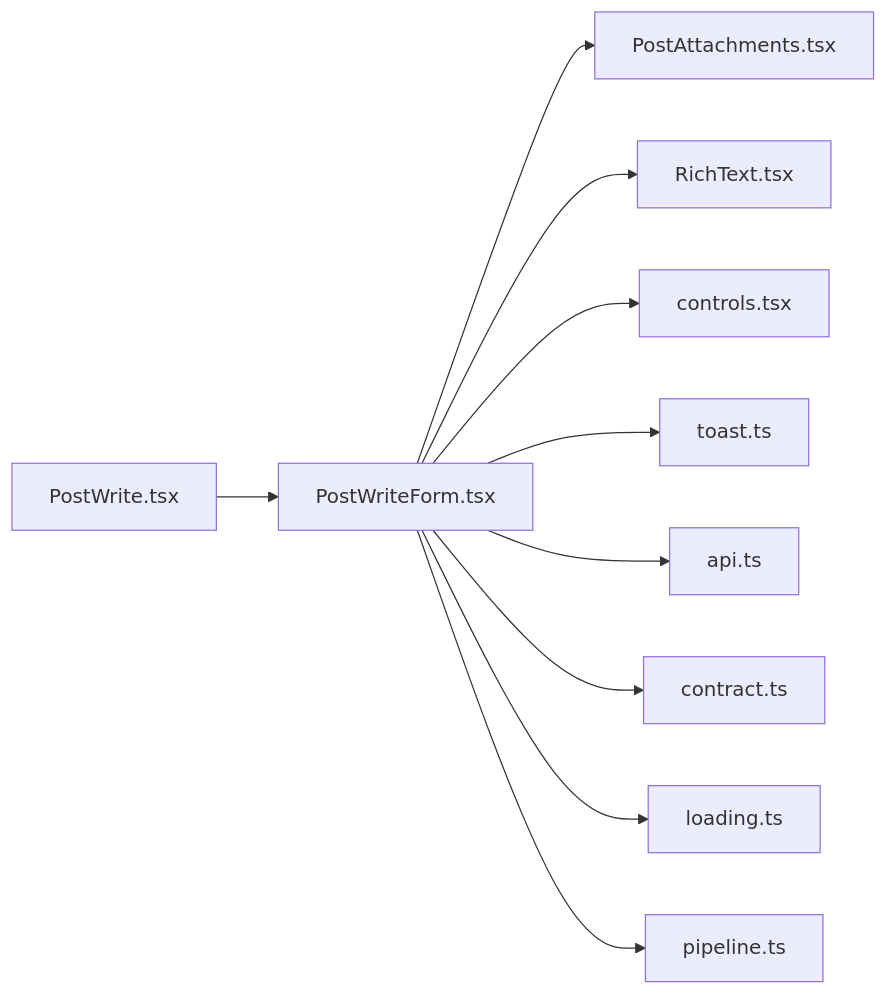
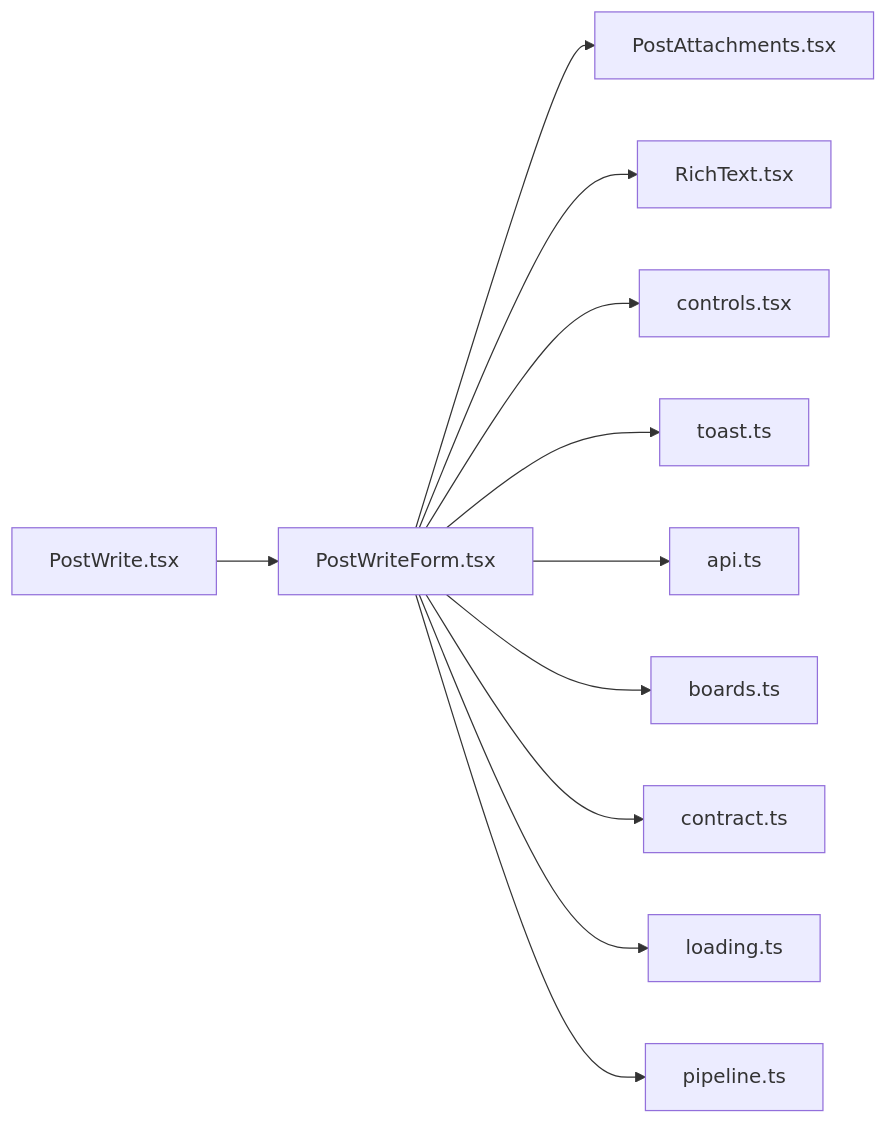
One commit to minkong-dev/Banblit changed the diagram in .cluedoc/graph/frontend/src/components/PostWriteForm.md. Above: the diagram before and after it, drawn with Mermaid. The commit also changed other lines of this file and 56 other files, not shown here.

Commit message:
frontend: import pure lib functions from their own files instead of through pipeline

````diff
--- a/.cluedoc/graph/frontend/src/components/PostWriteForm.md
+++ b/.cluedoc/graph/frontend/src/components/PostWriteForm.md
@@ -10,13 +10,14 @@
 ```mermaid
 flowchart LR
   frontend_src_components_PostWriteForm["PostWriteForm.tsx"]
   frontend_src_components_PostWriteForm --> frontend_src_components_PostAttachments["PostAttachments.tsx"]
   frontend_src_components_PostWriteForm --> frontend_src_components_RichText["RichText.tsx"]
   frontend_src_components_PostWriteForm --> frontend_src_components_controls["controls.tsx"]
   frontend_src_components_PostWriteForm --> frontend_src_components_toast["toast.ts"]
   frontend_src_components_PostWriteForm --> frontend_src_lib_api["api.ts"]
+  frontend_src_components_PostWriteForm --> frontend_src_lib_boards["boards.ts"]
   frontend_src_components_PostWriteForm --> frontend_src_lib_contract["contract.ts"]
   frontend_src_components_PostWriteForm --> frontend_src_lib_loading["loading.ts"]
   frontend_src_components_PostWriteForm --> frontend_src_lib_pipeline["pipeline.ts"]
   frontend_src_routes_PostWrite["PostWrite.tsx"] --> frontend_src_components_PostWriteForm
 ```
````
